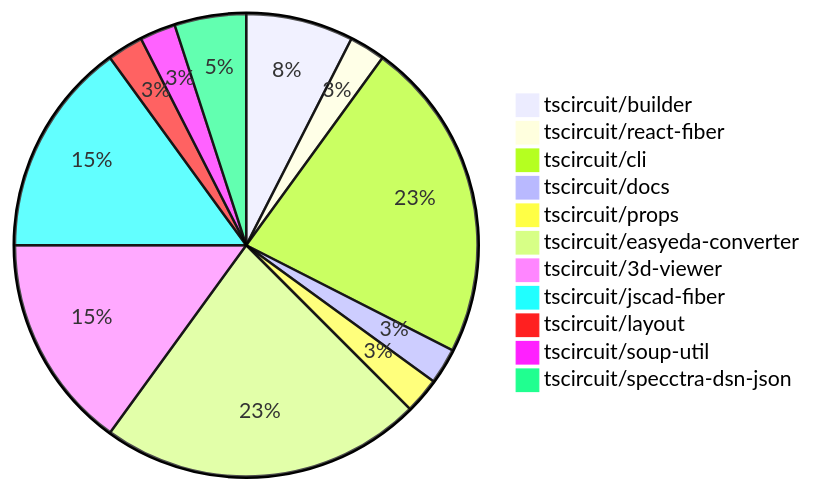
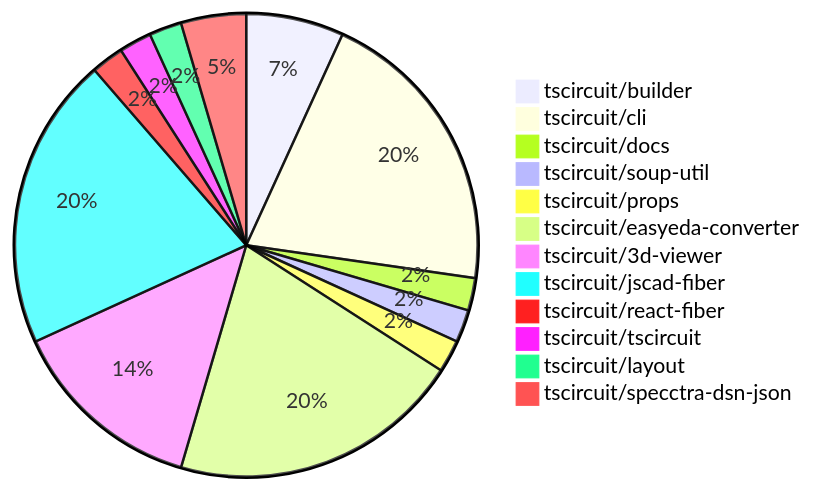
Before and after one commit to tscircuit/contribution-tracker: the diagram in README.md, drawn with Mermaid. The commit also changed other lines of this file and 1 other file, not shown here.

````diff
--- a/README.md
+++ b/README.md
@@ -24,14 +24,15 @@
 ```mermaid
 pie
     "tscircuit/builder" : 3
-    "tscircuit/react-fiber" : 1
     "tscircuit/cli" : 9
     "tscircuit/docs" : 1
+    "tscircuit/soup-util" : 1
     "tscircuit/props" : 1
     "tscircuit/easyeda-converter" : 9
     "tscircuit/3d-viewer" : 6
-    "tscircuit/jscad-fiber" : 6
+    "tscircuit/jscad-fiber" : 9
+    "tscircuit/react-fiber" : 1
+    "tscircuit/tscircuit" : 1
     "tscircuit/layout" : 1
-    "tscircuit/soup-util" : 1
     "tscircuit/specctra-dsn-json" : 2
 ```
````
